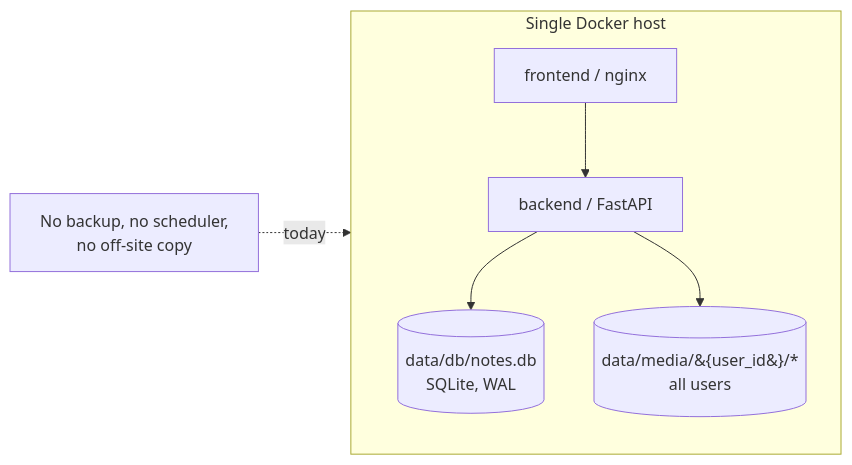
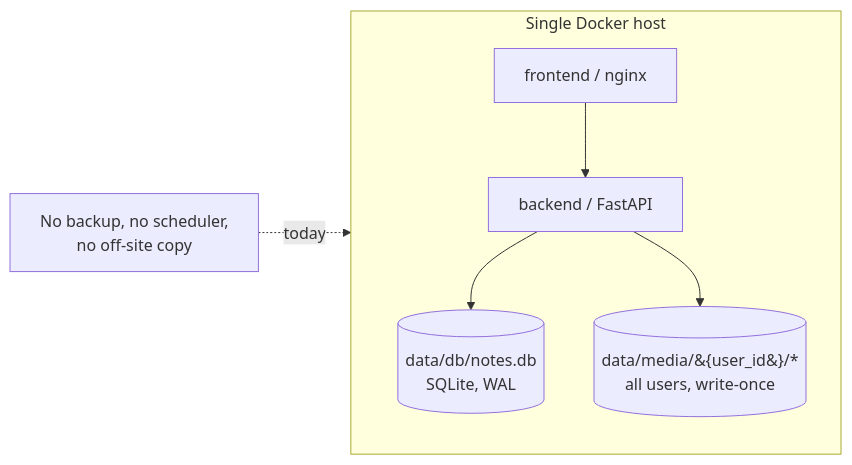
One commit to davior/gecko-notes changed the first of 2 diagrams in docs/backup-strategy.md. Above: the diagram before and after it, drawn with Mermaid. The commit also changed other lines of this file, not shown here.

````diff
--- a/docs/backup-strategy.md
+++ b/docs/backup-strategy.md
@@ -32,13 +35,13 @@
 ```mermaid
 flowchart LR
     subgraph Host["Single Docker host"]
         FE[frontend / nginx]
         BE[backend / FastAPI]
         DB[(data/db/notes.db<br/>SQLite, WAL)]
-        MEDIA[(data/media/&#123;user_id&#125;/*<br/>all users)]
+        MEDIA[(data/media/&#123;user_id&#125;/*<br/>all users, write-once)]
         FE --> BE
         BE --> DB
         BE --> MEDIA
     end
     NONE[No backup, no scheduler,<br/>no off-site copy] -.->|today| Host
 ```
````
